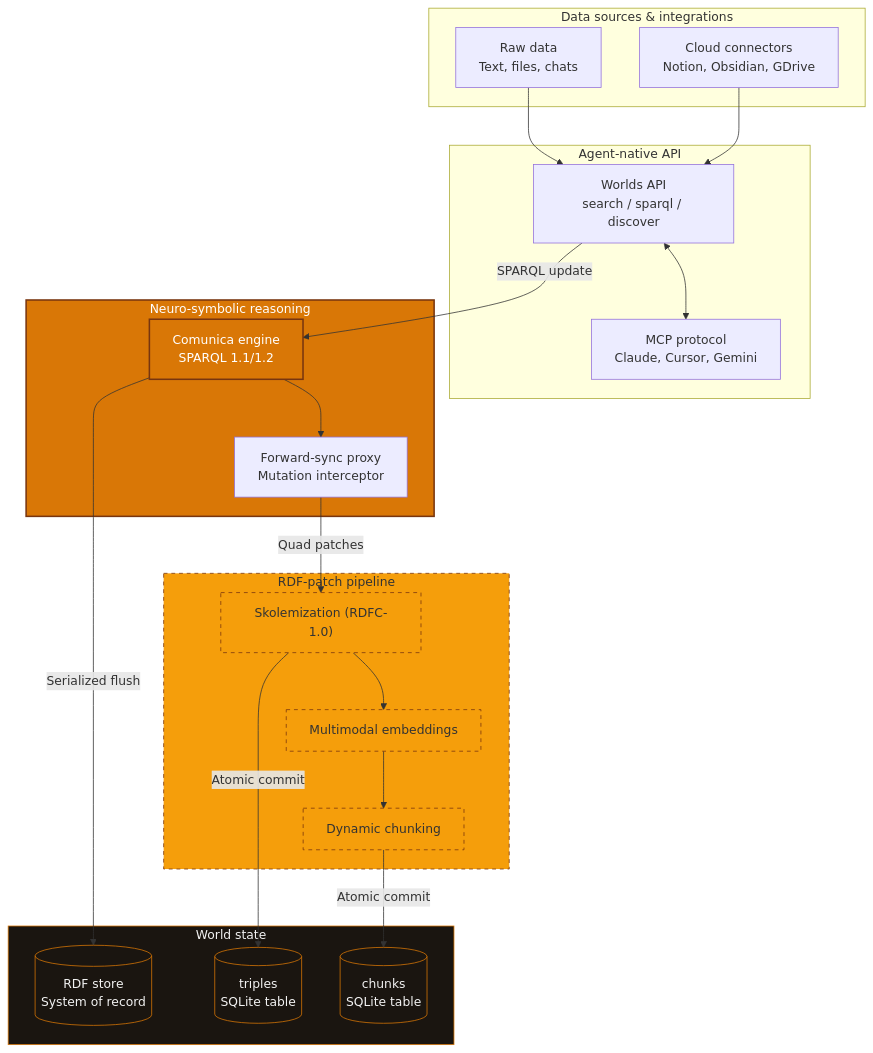
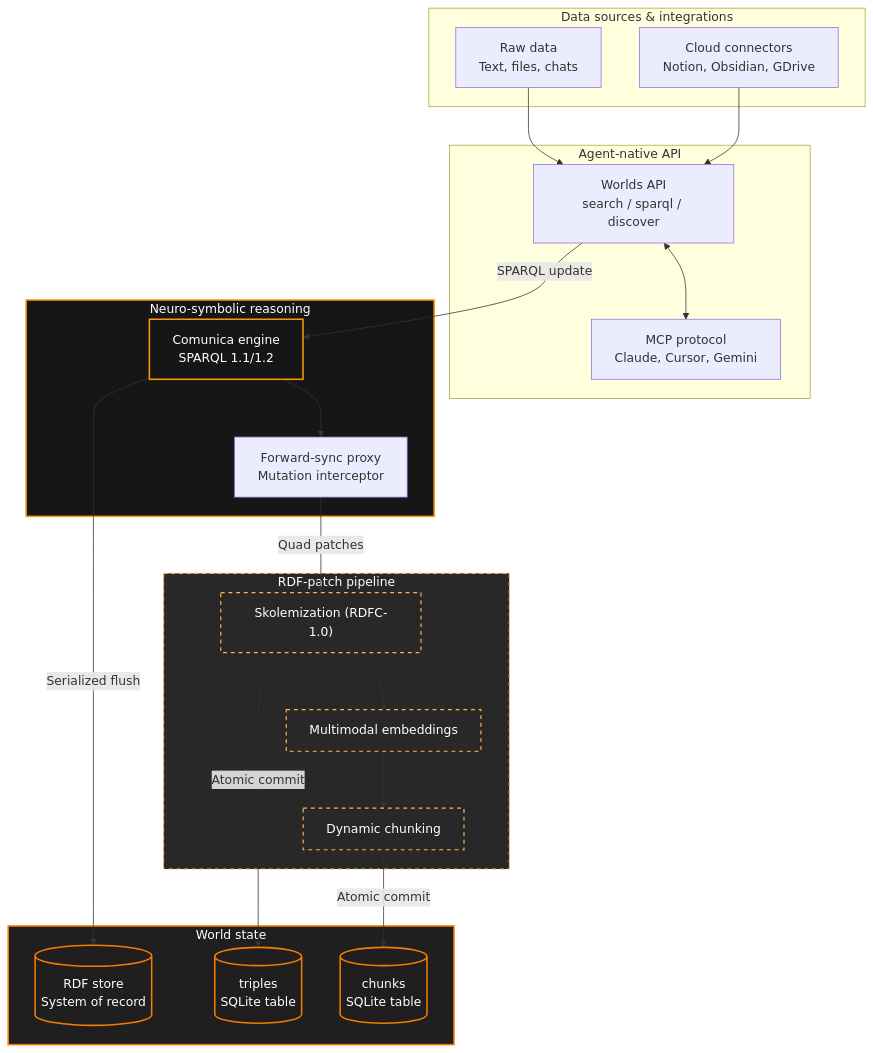
One commit to wazootech/docs.wazoo.dev changed the fourth of 6 diagrams in contribute/architecture.mdx. Above: the diagram before and after it, drawn with Mermaid. The commit also changed other lines of this file, not shown here.

Commit message:
docs: update all architecture diagrams to use accessible brand styling

````diff
--- a/contribute/architecture.mdx
+++ b/contribute/architecture.mdx
@@ -182,56 +209,56 @@
 ```mermaid
 flowchart TD
     %% Global Styling
-    classDef engine fill:#D97706,stroke:#78350F,stroke-width:2px,color:#fff;
-    classDef persistence fill:#1a1510,stroke:#D97706,stroke-width:1px,color:#f2f2f2;
-    classDef process fill:#F59E0B,stroke:#78350F,stroke-dasharray: 5 5,color:#333;
+    classDef engine fill:#161617,stroke:#FF9800,stroke-width:2px,color:#ffffff;
+    classDef persistence fill:#1f1f20,stroke:#F57C00,stroke-width:2px,color:#ffffff;
+    classDef process fill:#282829,stroke:#FFB74D,stroke-width:1.5px,stroke-dasharray: 5 5,color:#ffffff;
 
     subgraph Sources ["Data sources & integrations"]
         RAW["Raw data<br/>Text, files, chats"]
         CLOUD["Cloud connectors<br/>Notion, Obsidian, GDrive"]
     end
 
     subgraph Ingestion ["Agent-native API"]
         API["Worlds API<br/>search / sparql / discover"]
         MCP["MCP protocol<br/>Claude, Cursor, Gemini"]
     end
 
     subgraph Core ["Neuro-symbolic reasoning"]
         SPARQL["Comunica engine<br/>SPARQL 1.1/1.2"]
         PROXY["Forward-sync proxy<br/>Mutation interceptor"]
     end
 
     subgraph Pipeline ["RDF-patch pipeline"]
         SKOLEM["Skolemization (RDFC-1.0)"]
         EMBED["Multimodal embeddings"]
         CHUNK["Dynamic chunking"]
     end
 
     subgraph State ["World state"]
         BLOBS[("RDF store<br/>System of record")]
         TRIPLES[("triples<br/>SQLite table")]
         CHUNKS[("chunks<br/>SQLite table")]
     end
 
     %% Data Flow
     RAW --> API
     CLOUD --> API
     API <--> MCP
 
     API -->|SPARQL update| SPARQL
     SPARQL --> PROXY
 
     PROXY -->|Quad patches| SKOLEM
     SKOLEM --> EMBED
     EMBED --> CHUNK
 
     SKOLEM -->|Atomic commit| TRIPLES
     CHUNK -->|Atomic commit| CHUNKS
 
     SPARQL -->|Serialized flush| BLOBS
 
     %% Assignments
     class Core,SPARQL,N3 engine;
     class State,BLOBS,TRIPLES,CHUNKS persistence;
     class Pipeline,SKOLEM,EMBED,CHUNK process;
 ```
````
